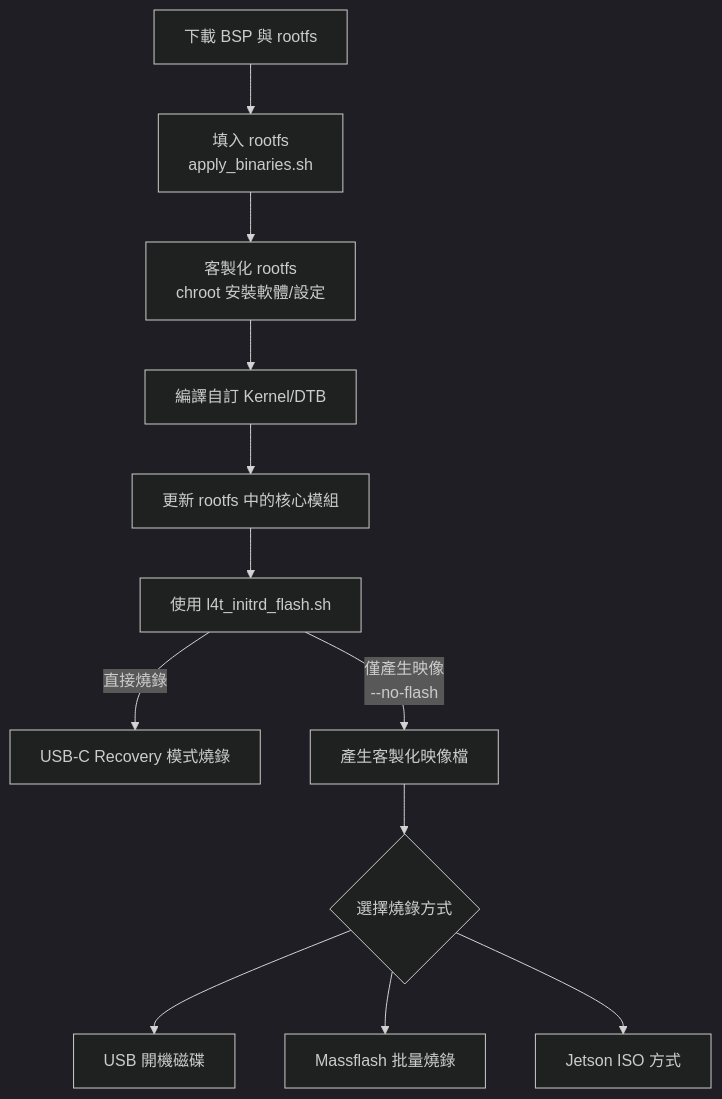
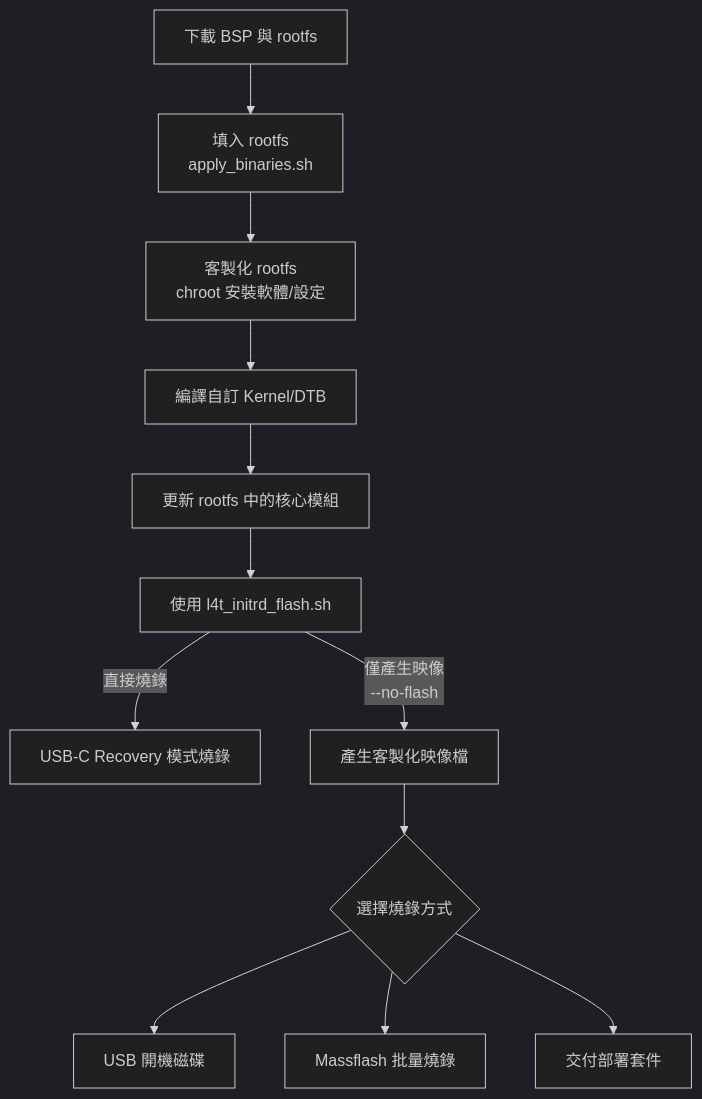
Before and after one commit to stanleyh07/opendoc: the first of 3 diagrams in doc/01-開發技術/嵌入式開發/平台/NVIDIA/Jetson 系統映像客製化與燒錄完整指南.md, drawn with Mermaid (dark theme). The commit also changed other lines of this file and 2 other files, not shown here.

First line of the commit message:
更新嵌入式 Linux 技術文件：UART、OverlayFS 多層架構、Jetson ISO 勘誤

````diff
--- a/doc/01-開發技術/嵌入式開發/平台/NVIDIA/Jetson 系統映像客製化與燒錄完整指南.md
+++ b/doc/01-開發技術/嵌入式開發/平台/NVIDIA/Jetson 系統映像客製化與燒錄完整指南.md
@@ -33,14 +33,14 @@
 ```mermaid
 flowchart TD
     A[下載 BSP 與 rootfs] --> B[填入 rootfs<br/>apply_binaries.sh]
     B --> C[客製化 rootfs<br/>chroot 安裝軟體/設定]
     C --> D[編譯自訂 Kernel/DTB]
     D --> E[更新 rootfs 中的核心模組]
     E --> F[使用 l4t_initrd_flash.sh]
     F -->|直接燒錄| G1[USB-C Recovery 模式燒錄]
     F -->|僅產生映像<br/>--no-flash| G2[產生客製化映像檔]
     G2 --> H{選擇燒錄方式}
     H --> I1[USB 開機磁碟]
     H --> I2[Massflash 批量燒錄]
-    H --> I3[Jetson ISO 方式]
+    H --> I3[交付部署套件]
 ```
````
